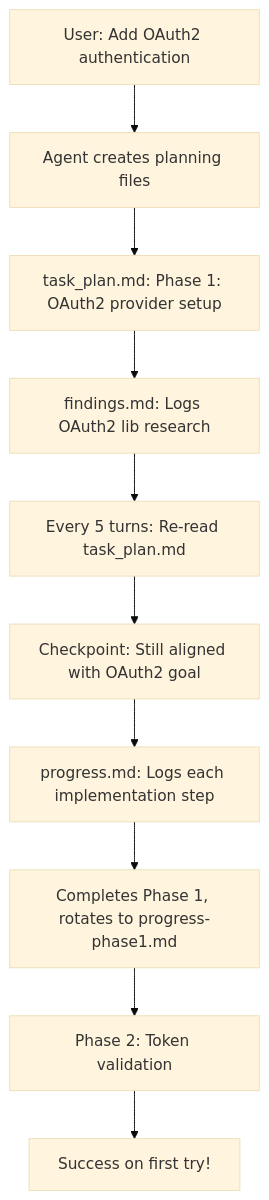
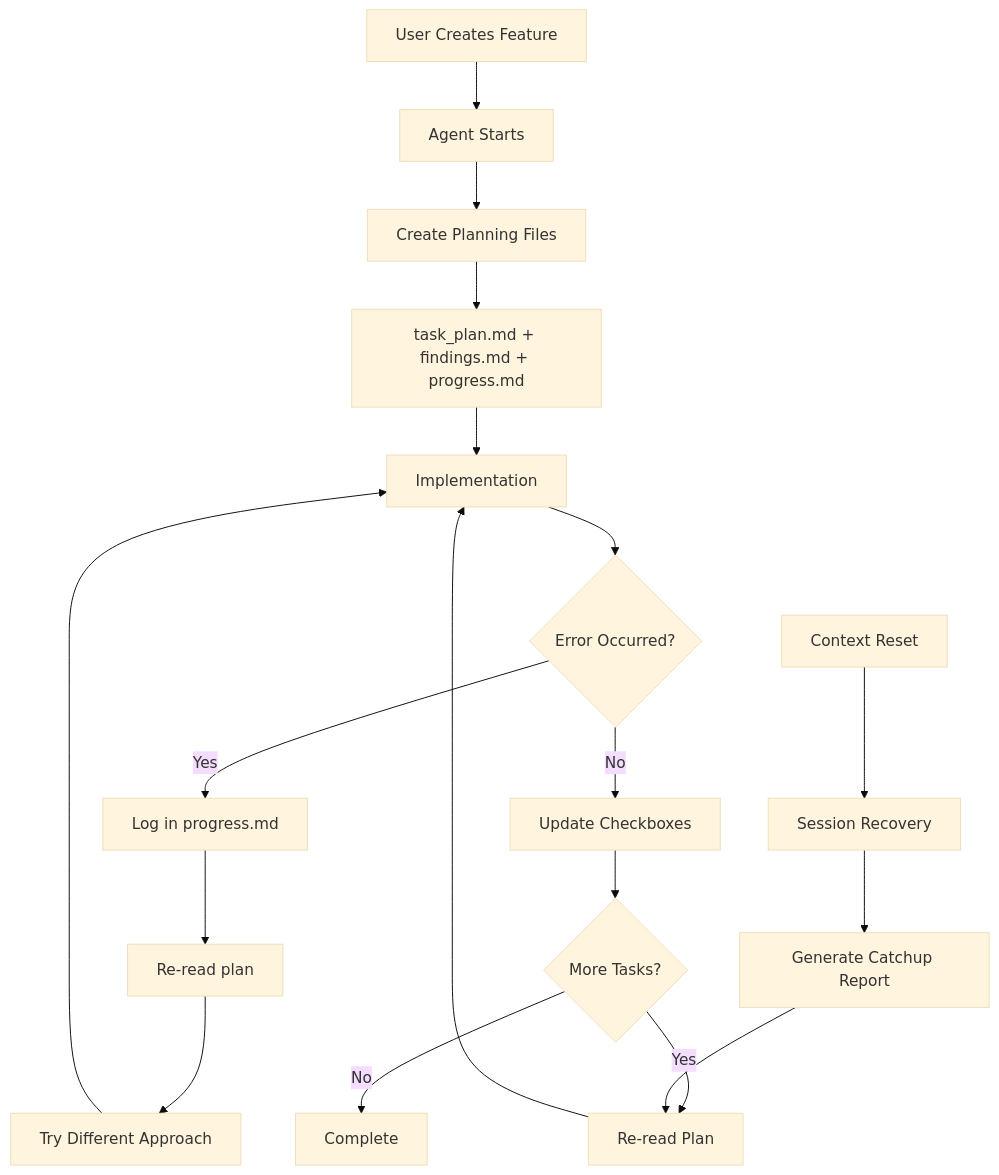
Before and after one commit to tomasoft/automaker: the second of 3 diagrams in docs/planning-with-files-impact.md, drawn with Mermaid (base theme). The commit also changed other lines of this file and 22 other files, not shown here.

````diff
--- a/docs/planning-with-files-impact.md
+++ b/docs/planning-with-files-impact.md
@@ -239,12 +71,20 @@
 ```mermaid
 graph TD
-    A[User: Add OAuth2 authentication] --> B[Agent creates planning files]
-    B --> C[task_plan.md: Phase 1: OAuth2 provider setup]
-    C --> D[findings.md: Logs OAuth2 lib research]
-    D --> E[Every 5 turns: Re-read task_plan.md]
-    E --> F[Checkpoint: Still aligned with OAuth2 goal]
-    F --> G[progress.md: Logs each implementation step]
-    G --> H[Completes Phase 1, rotates to progress-phase1.md]
-    H --> I[Phase 2: Token validation]
-    I --> J[Success on first try!]
+    A[User Creates Feature] --> B[Agent Starts]
+    B --> C[Create Planning Files]
+    C --> D[task_plan.md + findings.md + progress.md]
+    D --> E[Implementation]
+    E --> F{Error Occurred?}
+    F -->|Yes| G[Log in progress.md]
+    G --> H[Re-read plan]
+    H --> I[Try Different Approach]
+    I --> E
+    F -->|No| J[Update Checkboxes]
+    J --> K{More Tasks?}
+    K -->|Yes| L[Re-read Plan]
+    L --> E
+    K -->|No| M[Complete]
+    N[Context Reset] --> O[Session Recovery]
+    O --> P[Generate Catchup Report]
+    P --> L
 ```
````
